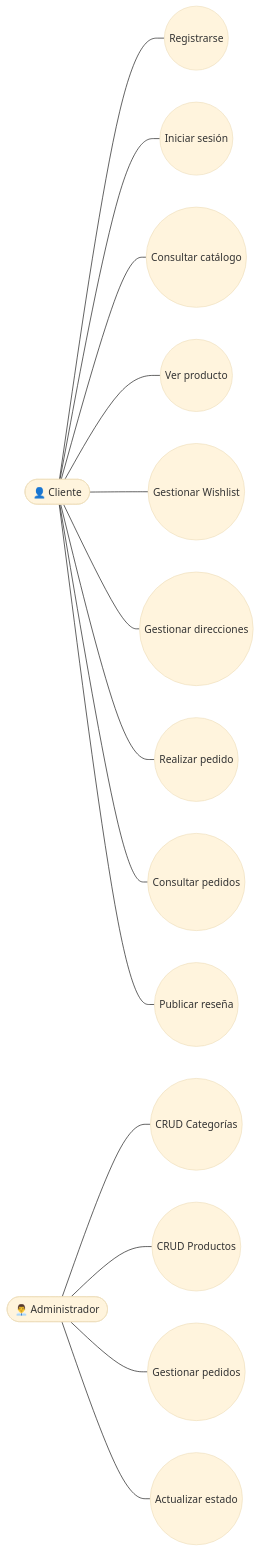
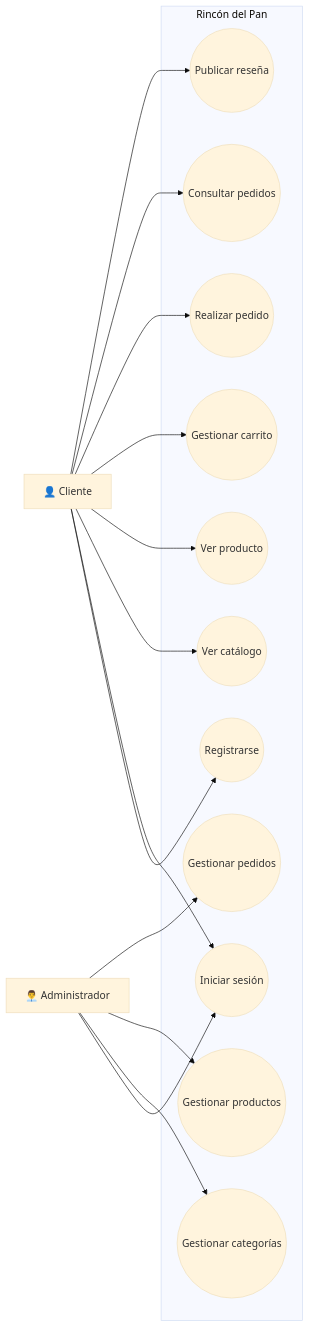
The diagram in docs/diagramas/20_UML_CasosUso.md (facusoster/FinalProdWebLaravel), drawn with Mermaid (base theme) before and after one commit. The commit also changed other lines of this file and 25 other files, not shown here.

Commit message:
Actualizo documentación completa: diagramas, requisitos, arquitectura, UML y setup

````diff
--- a/docs/diagramas/20_UML_CasosUso.md
+++ b/docs/diagramas/20_UML_CasosUso.md
@@ -13,37 +22,37 @@
 ```mermaid
 flowchart LR
 
-Cliente([👤 Cliente])
+    Cliente["👤 Cliente"]
+    Admin["👨‍💼 Administrador"]
 
-Admin([👨‍💼 Administrador])
+    subgraph Sistema["Rincón del Pan"]
 
-UC1((Registrarse))
-UC2((Iniciar sesión))
-UC3((Consultar catálogo))
-UC4((Ver producto))
-UC5((Gestionar Wishlist))
-UC6((Gestionar direcciones))
-UC7((Realizar pedido))
-UC8((Consultar pedidos))
-UC9((Publicar reseña))
+        UC1(("Registrarse"))
+        UC2(("Iniciar sesión"))
+        UC3(("Ver catálogo"))
+        UC4(("Ver producto"))
+        UC5(("Gestionar carrito"))
+        UC6(("Realizar pedido"))
+        UC7(("Consultar pedidos"))
+        UC8(("Publicar reseña"))
 
-UA1((CRUD Categorías))
-UA2((CRUD Productos))
-UA3((Gestionar pedidos))
-UA4((Actualizar estado))
+        UA1(("Gestionar categorías"))
+        UA2(("Gestionar productos"))
+        UA3(("Gestionar pedidos"))
 
-Cliente --- UC1
-Cliente --- UC2
-Cliente --- UC3
-Cliente --- UC4
-Cliente --- UC5
-Cliente --- UC6
-Cliente --- UC7
-Cliente --- UC8
-Cliente --- UC9
+    end
 
-Admin --- UA1
-Admin --- UA2
-Admin --- UA3
-Admin --- UA4
+    Cliente --> UC1
+    Cliente --> UC2
+    Cliente --> UC3
+    Cliente --> UC4
+    Cliente --> UC5
+    Cliente --> UC6
+    Cliente --> UC7
+    Cliente --> UC8
+
+    Admin --> UC2
+    Admin --> UA1
+    Admin --> UA2
+    Admin --> UA3
 ```
````
